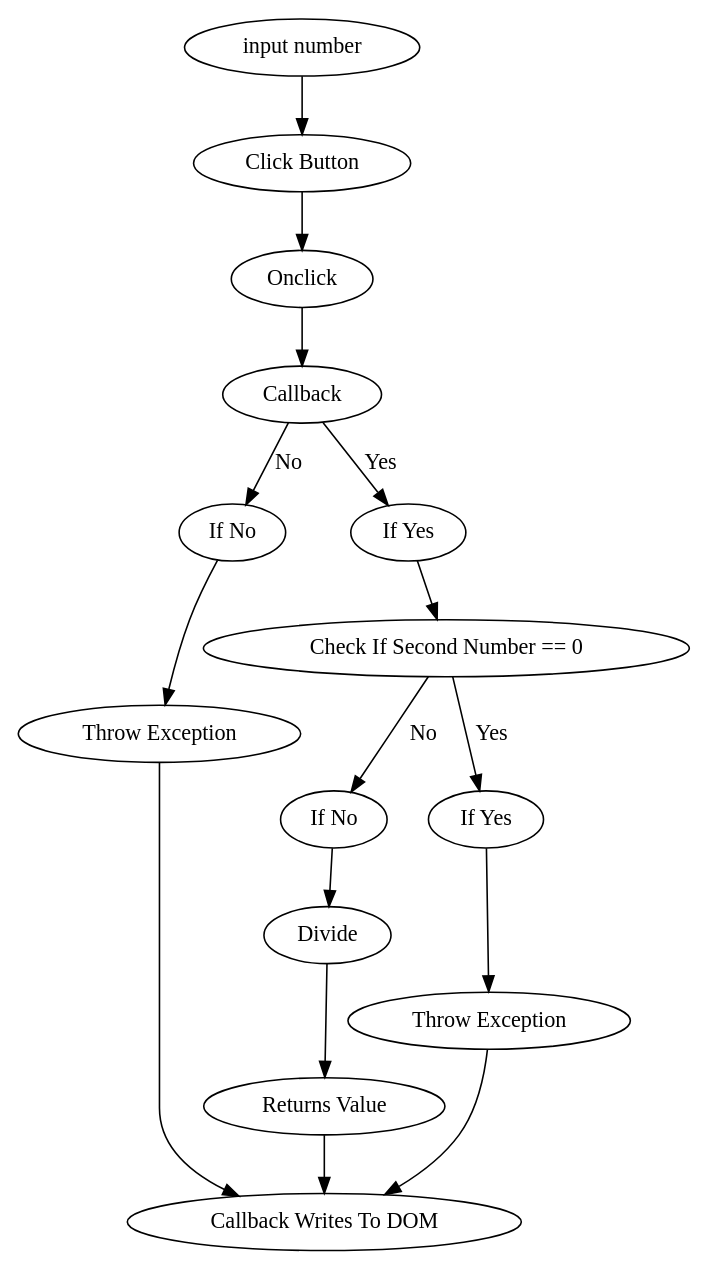
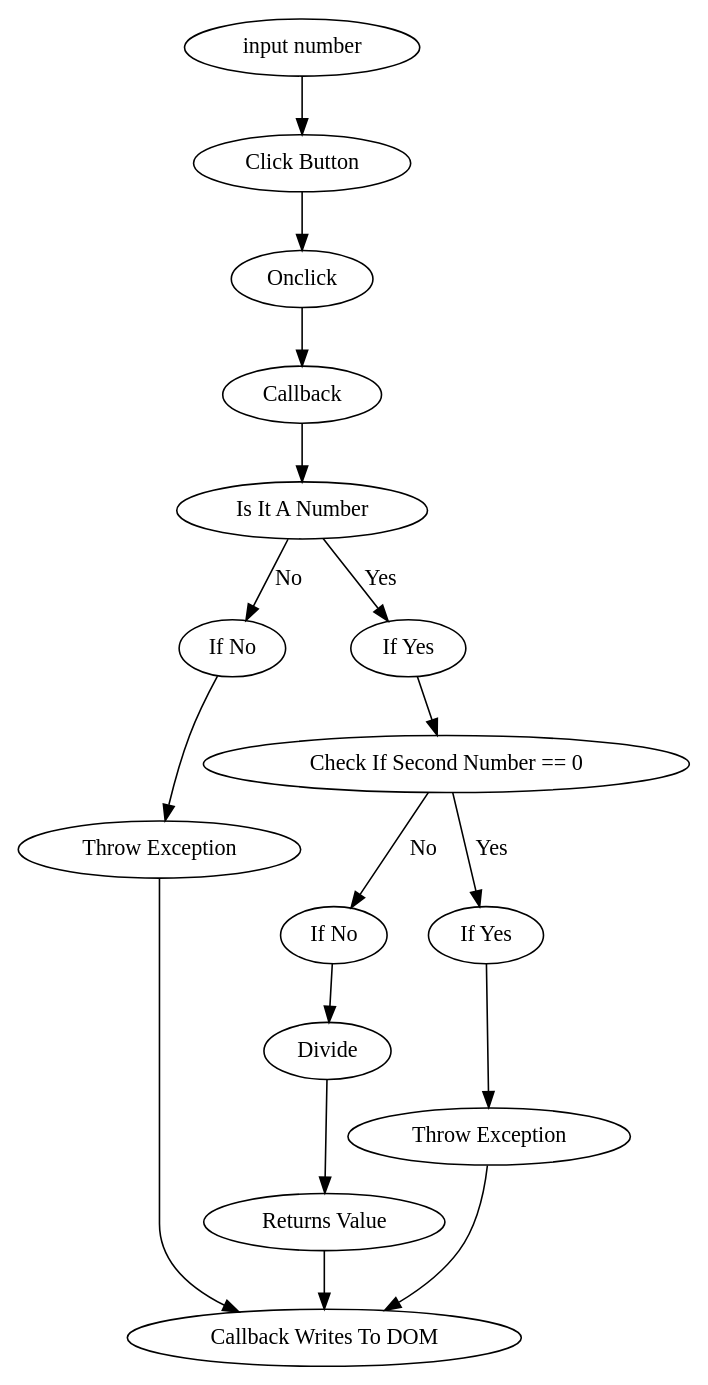
One commit to CoderKaz/collective-class-functions-20140821 changed the diagram in matt-20140826/matt-assignment-20140825.dot. Above: the diagram before and after it, drawn with Graphviz. The commit also changed 1 other file, not shown here.

```diff
--- a/matt-20140826/matt-assignment-20140825.dot
+++ b/matt-20140826/matt-assignment-20140825.dot
@@ -1,31 +1,33 @@
 digraph g {
     s  [ label="input number"];
     a  [ label="Click Button"];
     b  [ label="Onclick"];
     c  [ label="Callback"];
+    v  [ label="Is It A Number"];
     d1 [ label="If No"];
     d2 [ label="If Yes"];
     e1 [ label="Throw Exception"];
     e2 [ label="Check If Second Number == 0"];
     y1 [ label="If No"];
     y2 [ label="If Yes"];
     y3 [ label="Throw Exception"];
     z1 [ label="Divide"];
     z2 [ label="Returns Value"];
     x  [ label="Callback Writes To DOM"];
     s -> a;
     a -> b;
     b -> c;
-    c -> d1  [ label="No"];
-    c -> d2  [ label="Yes"];
+    c -> v;
+    v -> d1  [ label="No"];
+    v -> d2  [ label="Yes"];
     d1 -> e1;
     e1 -> x;
     d2 -> e2;
     e2 -> y1 [ label="No"];
     e2 -> y2 [ label="Yes"];
     y2 -> y3;
     y3 -> x;
     y1 -> z1;
     z1 -> z2;
     z2 -> x;
 }
```
